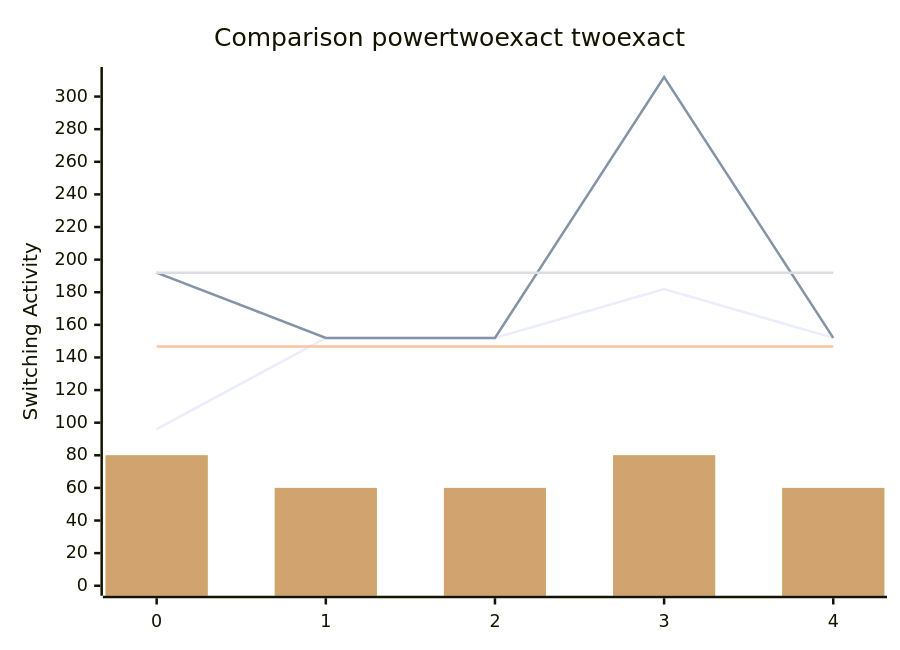
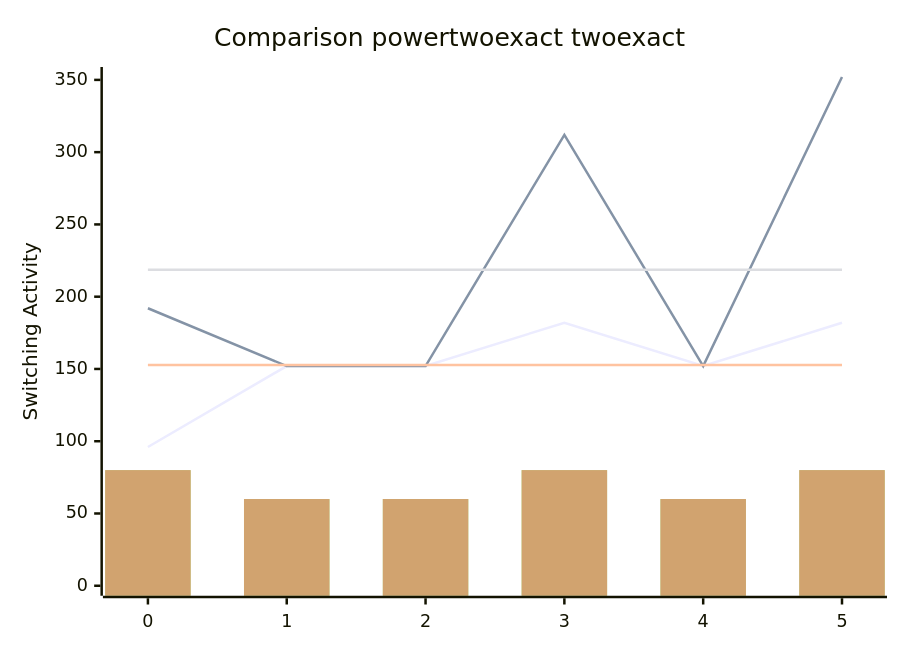
One commit to FeldmeierMichael/Exact-Power-Synthesis changed the diagram in benchmark.md. Above: the diagram before and after it, drawn with Mermaid. The commit also changed other lines of this file and 2 other files, not shown here.

````diff
--- a/benchmark.md
+++ b/benchmark.md
@@ -11,12 +13,12 @@
 ```mermaid
 xychart-beta
     title "Comparison powertwoexact twoexact"
-    x-axis [0, 1, 2, 3, 4]
-    y-axis "Switching Activity" 0-->312
-    line [96, 152, 152, 182, 152]
-    line [192, 152, 152, 312, 152]
-    line [146.8, 146.8, 146.8, 146.8, 146.8]
-    line [192.0, 192.0, 192.0, 192.0, 192.0]
-    bar [80, 60, 60, 80, 60]
-    bar [80, 60, 60, 80, 60]
+    x-axis [0, 1, 2, 3, 4, 5]
+    y-axis "Switching Activity" 0-->352
+    line [96, 152, 152, 182, 152, 182]
+    line [192, 152, 152, 312, 152, 352]
+    line [152.66666666666666, 152.66666666666666, 152.66666666666666, 152.66666666666666, 152.66666666666666, 152.66666666666666]
+    line [218.66666666666666, 218.66666666666666, 218.66666666666666, 218.66666666666666, 218.66666666666666, 218.66666666666666]
+    bar [80, 60, 60, 80, 60, 80]
+    bar [80, 60, 60, 80, 60, 80]
 ```
````
